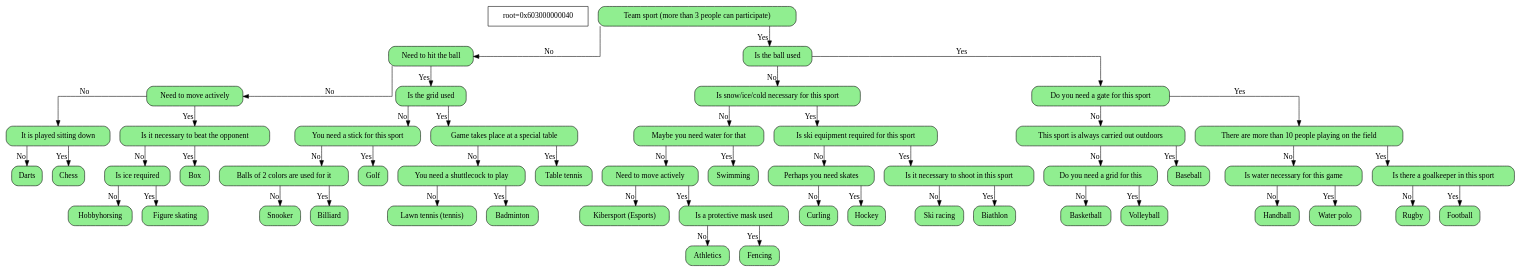
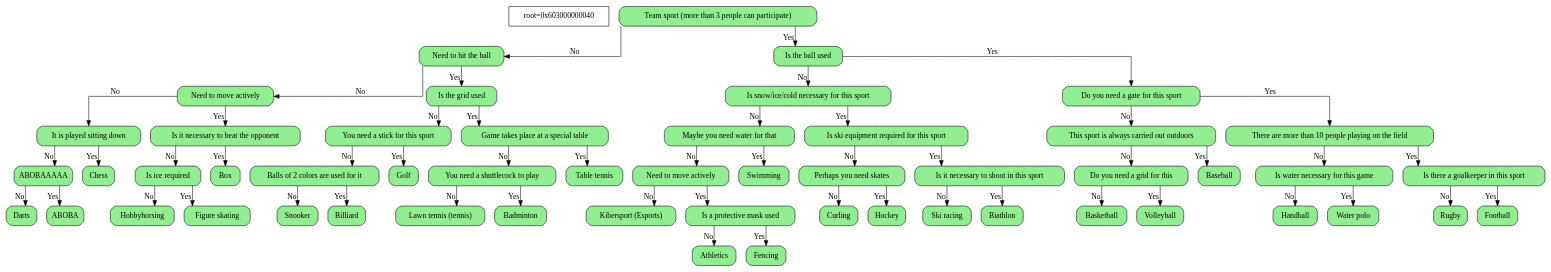
One commit to Yan103/Akinator changed the diagram in DumpFiles/dump.dot. Above: the diagram before and after it, drawn with Graphviz. The commit also changed 12 other files, not shown here.

```diff
--- a/DumpFiles/dump.dot
+++ b/DumpFiles/dump.dot
@@ -1,108 +1,112 @@
 digraph tree{
     node[shape=record,fontsize=14];
     splines=ortho
     info[label="root=0x603000000040"]
 
   	node0x603000000040[shape=Mrecord,style="rounded,filled",fillcolor="lightgreen",label="{ Team sport (more than 3 people can participate) }"]
 	node0x603000000040->node0x603000000070[xlabel="No"]
 	node0x603000000070[shape=Mrecord,style="rounded,filled",fillcolor="lightgreen",label="{ Need to hit the ball }"]
 	node0x603000000070->node0x6030000000a0[xlabel="No"]
 	node0x6030000000a0[shape=Mrecord,style="rounded,filled",fillcolor="lightgreen",label="{ Need to move actively }"]
 	node0x6030000000a0->node0x6030000000d0[xlabel="No"]
 	node0x6030000000d0[shape=Mrecord,style="rounded,filled",fillcolor="lightgreen",label="{ It is played sitting down }"]
 	node0x6030000000d0->node0x603000000100[xlabel="No"]
-	node0x603000000100[shape=Mrecord,style="rounded,filled",fillcolor="lightgreen",label="{ Darts }"]
+	node0x603000000100[shape=Mrecord,style="rounded,filled",fillcolor="lightgreen",label="{ ABOBAAAAA }"]
+	node0x603000000100->node0x603000000b80[xlabel="No"]
+	node0x603000000b80[shape=Mrecord,style="rounded,filled",fillcolor="lightgreen",label="{ Darts }"]
+	node0x603000000100->node0x603000000bb0[xlabel="Yes"]
+	node0x603000000bb0[shape=Mrecord,style="rounded,filled",fillcolor="lightgreen",label="{ ABOBA }"]
 	node0x6030000000d0->node0x603000000130[xlabel="Yes"]
 	node0x603000000130[shape=Mrecord,style="rounded,filled",fillcolor="lightgreen",label="{ Chess }"]
 	node0x6030000000a0->node0x603000000160[xlabel="Yes"]
 	node0x603000000160[shape=Mrecord,style="rounded,filled",fillcolor="lightgreen",label="{ Is it necessary to beat the opponent }"]
 	node0x603000000160->node0x603000000190[xlabel="No"]
 	node0x603000000190[shape=Mrecord,style="rounded,filled",fillcolor="lightgreen",label="{ Is ice required }"]
 	node0x603000000190->node0x6030000001c0[xlabel="No"]
 	node0x6030000001c0[shape=Mrecord,style="rounded,filled",fillcolor="lightgreen",label="{ Hobbyhorsing }"]
 	node0x603000000190->node0x6030000001f0[xlabel="Yes"]
 	node0x6030000001f0[shape=Mrecord,style="rounded,filled",fillcolor="lightgreen",label="{ Figure skating }"]
 	node0x603000000160->node0x603000000220[xlabel="Yes"]
 	node0x603000000220[shape=Mrecord,style="rounded,filled",fillcolor="lightgreen",label="{ Box }"]
 	node0x603000000070->node0x603000000250[xlabel="Yes"]
 	node0x603000000250[shape=Mrecord,style="rounded,filled",fillcolor="lightgreen",label="{ Is the grid used }"]
 	node0x603000000250->node0x603000000280[xlabel="No"]
 	node0x603000000280[shape=Mrecord,style="rounded,filled",fillcolor="lightgreen",label="{ You need a stick for this sport }"]
 	node0x603000000280->node0x6030000002b0[xlabel="No"]
 	node0x6030000002b0[shape=Mrecord,style="rounded,filled",fillcolor="lightgreen",label="{ Balls of 2 colors are used for it }"]
 	node0x6030000002b0->node0x6030000002e0[xlabel="No"]
 	node0x6030000002e0[shape=Mrecord,style="rounded,filled",fillcolor="lightgreen",label="{ Snooker }"]
 	node0x6030000002b0->node0x603000000310[xlabel="Yes"]
 	node0x603000000310[shape=Mrecord,style="rounded,filled",fillcolor="lightgreen",label="{ Billiard }"]
 	node0x603000000280->node0x603000000340[xlabel="Yes"]
 	node0x603000000340[shape=Mrecord,style="rounded,filled",fillcolor="lightgreen",label="{ Golf }"]
 	node0x603000000250->node0x603000000370[xlabel="Yes"]
 	node0x603000000370[shape=Mrecord,style="rounded,filled",fillcolor="lightgreen",label="{ Game takes place at a special table }"]
 	node0x603000000370->node0x6030000003a0[xlabel="No"]
 	node0x6030000003a0[shape=Mrecord,style="rounded,filled",fillcolor="lightgreen",label="{ You need a shuttlecock to play }"]
 	node0x6030000003a0->node0x6030000003d0[xlabel="No"]
 	node0x6030000003d0[shape=Mrecord,style="rounded,filled",fillcolor="lightgreen",label="{ Lawn tennis (tennis) }"]
 	node0x6030000003a0->node0x603000000400[xlabel="Yes"]
 	node0x603000000400[shape=Mrecord,style="rounded,filled",fillcolor="lightgreen",label="{ Badminton }"]
 	node0x603000000370->node0x603000000430[xlabel="Yes"]
 	node0x603000000430[shape=Mrecord,style="rounded,filled",fillcolor="lightgreen",label="{ Table tennis }"]
 	node0x603000000040->node0x603000000460[xlabel="Yes"]
 	node0x603000000460[shape=Mrecord,style="rounded,filled",fillcolor="lightgreen",label="{ Is the ball  used }"]
 	node0x603000000460->node0x603000000490[xlabel="No"]
 	node0x603000000490[shape=Mrecord,style="rounded,filled",fillcolor="lightgreen",label="{ Is snow/ice/cold necessary for this sport }"]
 	node0x603000000490->node0x6030000004c0[xlabel="No"]
 	node0x6030000004c0[shape=Mrecord,style="rounded,filled",fillcolor="lightgreen",label="{ Maybe you need water for that }"]
 	node0x6030000004c0->node0x6030000004f0[xlabel="No"]
 	node0x6030000004f0[shape=Mrecord,style="rounded,filled",fillcolor="lightgreen",label="{ Need to move actively }"]
 	node0x6030000004f0->node0x603000000520[xlabel="No"]
 	node0x603000000520[shape=Mrecord,style="rounded,filled",fillcolor="lightgreen",label="{ Kibersport (Esports) }"]
 	node0x6030000004f0->node0x603000000550[xlabel="Yes"]
 	node0x603000000550[shape=Mrecord,style="rounded,filled",fillcolor="lightgreen",label="{ Is a protective mask used }"]
 	node0x603000000550->node0x603000000580[xlabel="No"]
 	node0x603000000580[shape=Mrecord,style="rounded,filled",fillcolor="lightgreen",label="{ Athletics }"]
 	node0x603000000550->node0x6030000005b0[xlabel="Yes"]
 	node0x6030000005b0[shape=Mrecord,style="rounded,filled",fillcolor="lightgreen",label="{ Fencing }"]
 	node0x6030000004c0->node0x6030000005e0[xlabel="Yes"]
 	node0x6030000005e0[shape=Mrecord,style="rounded,filled",fillcolor="lightgreen",label="{ Swimming }"]
 	node0x603000000490->node0x603000000610[xlabel="Yes"]
 	node0x603000000610[shape=Mrecord,style="rounded,filled",fillcolor="lightgreen",label="{ Is ski equipment required for this sport }"]
 	node0x603000000610->node0x603000000640[xlabel="No"]
 	node0x603000000640[shape=Mrecord,style="rounded,filled",fillcolor="lightgreen",label="{ Perhaps you need skates }"]
 	node0x603000000640->node0x603000000670[xlabel="No"]
 	node0x603000000670[shape=Mrecord,style="rounded,filled",fillcolor="lightgreen",label="{ Curling }"]
 	node0x603000000640->node0x6030000006a0[xlabel="Yes"]
 	node0x6030000006a0[shape=Mrecord,style="rounded,filled",fillcolor="lightgreen",label="{ Hockey }"]
 	node0x603000000610->node0x6030000006d0[xlabel="Yes"]
 	node0x6030000006d0[shape=Mrecord,style="rounded,filled",fillcolor="lightgreen",label="{ Is it necessary to shoot in this sport }"]
 	node0x6030000006d0->node0x603000000700[xlabel="No"]
 	node0x603000000700[shape=Mrecord,style="rounded,filled",fillcolor="lightgreen",label="{ Ski racing }"]
 	node0x6030000006d0->node0x603000000730[xlabel="Yes"]
 	node0x603000000730[shape=Mrecord,style="rounded,filled",fillcolor="lightgreen",label="{ Biathlon }"]
 	node0x603000000460->node0x603000000760[xlabel="Yes"]
 	node0x603000000760[shape=Mrecord,style="rounded,filled",fillcolor="lightgreen",label="{ Do you need a gate for this sport }"]
 	node0x603000000760->node0x603000000790[xlabel="No"]
 	node0x603000000790[shape=Mrecord,style="rounded,filled",fillcolor="lightgreen",label="{ This sport is always carried out outdoors }"]
 	node0x603000000790->node0x6030000007c0[xlabel="No"]
 	node0x6030000007c0[shape=Mrecord,style="rounded,filled",fillcolor="lightgreen",label="{ Do you need a grid for this }"]
 	node0x6030000007c0->node0x6030000007f0[xlabel="No"]
 	node0x6030000007f0[shape=Mrecord,style="rounded,filled",fillcolor="lightgreen",label="{ Basketball }"]
 	node0x6030000007c0->node0x603000000820[xlabel="Yes"]
 	node0x603000000820[shape=Mrecord,style="rounded,filled",fillcolor="lightgreen",label="{ Volleyball }"]
 	node0x603000000790->node0x603000000850[xlabel="Yes"]
 	node0x603000000850[shape=Mrecord,style="rounded,filled",fillcolor="lightgreen",label="{ Baseball }"]
 	node0x603000000760->node0x603000000880[xlabel="Yes"]
 	node0x603000000880[shape=Mrecord,style="rounded,filled",fillcolor="lightgreen",label="{ There are more than 10 people playing on the field }"]
 	node0x603000000880->node0x6030000008b0[xlabel="No"]
 	node0x6030000008b0[shape=Mrecord,style="rounded,filled",fillcolor="lightgreen",label="{ Is water necessary for this game }"]
 	node0x6030000008b0->node0x6030000008e0[xlabel="No"]
 	node0x6030000008e0[shape=Mrecord,style="rounded,filled",fillcolor="lightgreen",label="{ Handball }"]
 	node0x6030000008b0->node0x603000000910[xlabel="Yes"]
 	node0x603000000910[shape=Mrecord,style="rounded,filled",fillcolor="lightgreen",label="{ Water polo }"]
 	node0x603000000880->node0x603000000940[xlabel="Yes"]
 	node0x603000000940[shape=Mrecord,style="rounded,filled",fillcolor="lightgreen",label="{ Is there a goalkeeper in this sport }"]
 	node0x603000000940->node0x603000000970[xlabel="No"]
 	node0x603000000970[shape=Mrecord,style="rounded,filled",fillcolor="lightgreen",label="{ Rugby }"]
 	node0x603000000940->node0x6030000009a0[xlabel="Yes"]
 	node0x6030000009a0[shape=Mrecord,style="rounded,filled",fillcolor="lightgreen",label="{ Football }"]
 
 }
```
